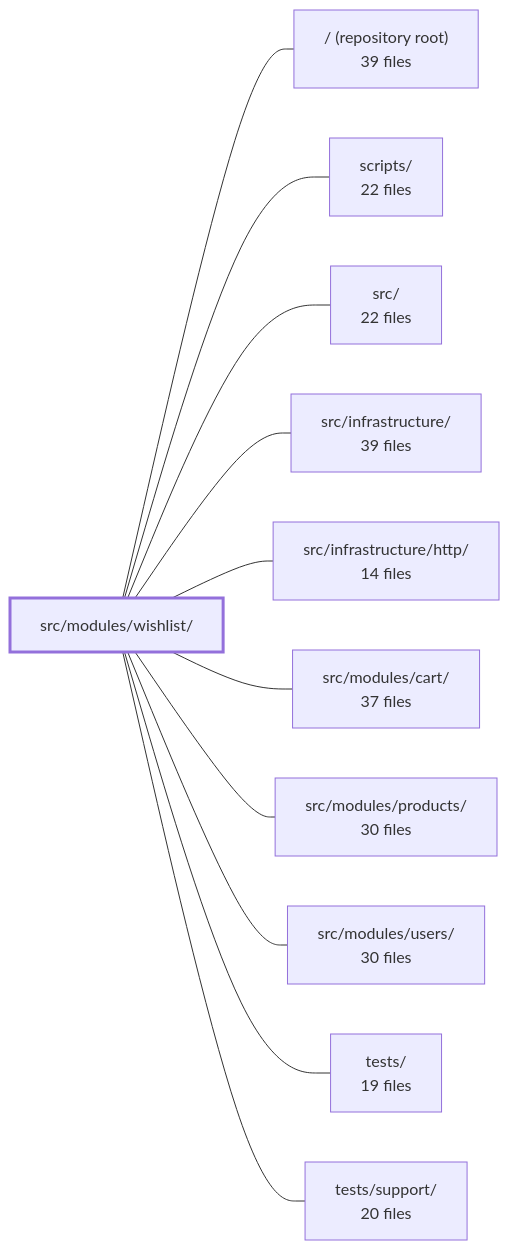
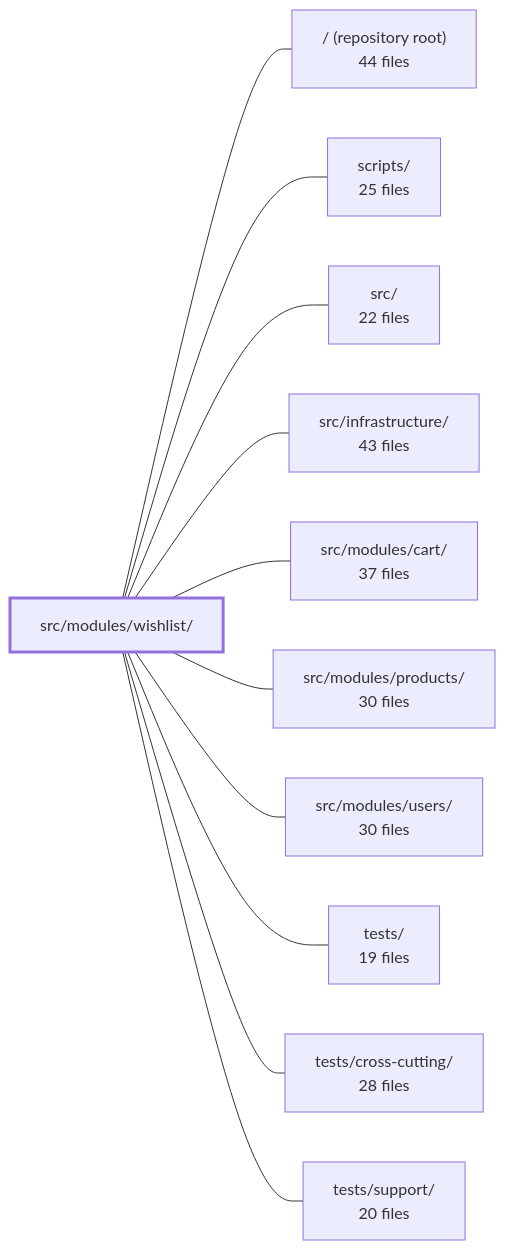
The diagram in .2repo/modules/boilerplate-node-backend_src_modules_wishlist.md (Guebbit/boilerplate-node-backend), drawn with Mermaid before and after one commit. The commit also changed other lines of this file and 625 other files, not shown here.

````diff
--- a/.2repo/modules/boilerplate-node-backend_src_modules_wishlist.md
+++ b/.2repo/modules/boilerplate-node-backend_src_modules_wishlist.md
@@ -40,25 +40,25 @@
 ```mermaid
 flowchart LR
     m_src_modules_wishlist["src/modules/wishlist/"]
-    m_root["/ (repository root)<br/>39 files"]
-    m_scripts["scripts/<br/>22 files"]
+    m_root["/ (repository root)<br/>44 files"]
+    m_scripts["scripts/<br/>25 files"]
     m_src["src/<br/>22 files"]
-    m_src_infrastructure["src/infrastructure/<br/>39 files"]
-    m_src_infrastructure_http["src/infrastructure/http/<br/>14 files"]
+    m_src_infrastructure["src/infrastructure/<br/>43 files"]
     m_src_modules_cart["src/modules/cart/<br/>37 files"]
     m_src_modules_products["src/modules/products/<br/>30 files"]
     m_src_modules_users["src/modules/users/<br/>30 files"]
     m_tests["tests/<br/>19 files"]
+    m_tests_cross_cutting["tests/cross-cutting/<br/>28 files"]
     m_tests_support["tests/support/<br/>20 files"]
     m_src_modules_wishlist --- m_root
     m_src_modules_wishlist --- m_scripts
     m_src_modules_wishlist --- m_src
     m_src_modules_wishlist --- m_src_infrastructure
-    m_src_modules_wishlist --- m_src_infrastructure_http
     m_src_modules_wishlist --- m_src_modules_cart
     m_src_modules_wishlist --- m_src_modules_products
     m_src_modules_wishlist --- m_src_modules_users
     m_src_modules_wishlist --- m_tests
+    m_src_modules_wishlist --- m_tests_cross_cutting
     m_src_modules_wishlist --- m_tests_support
     style m_src_modules_wishlist stroke-width:3px
 ```
````
